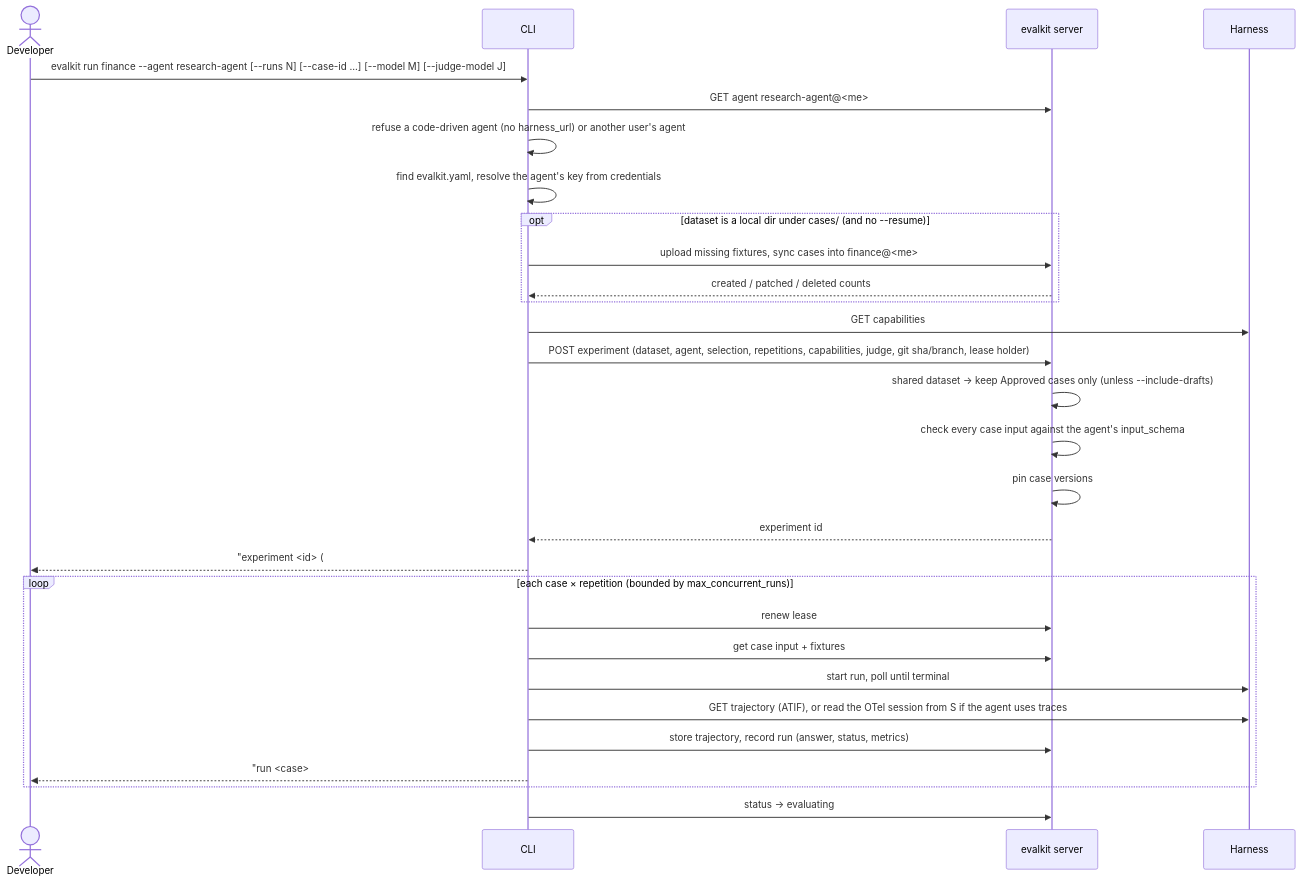
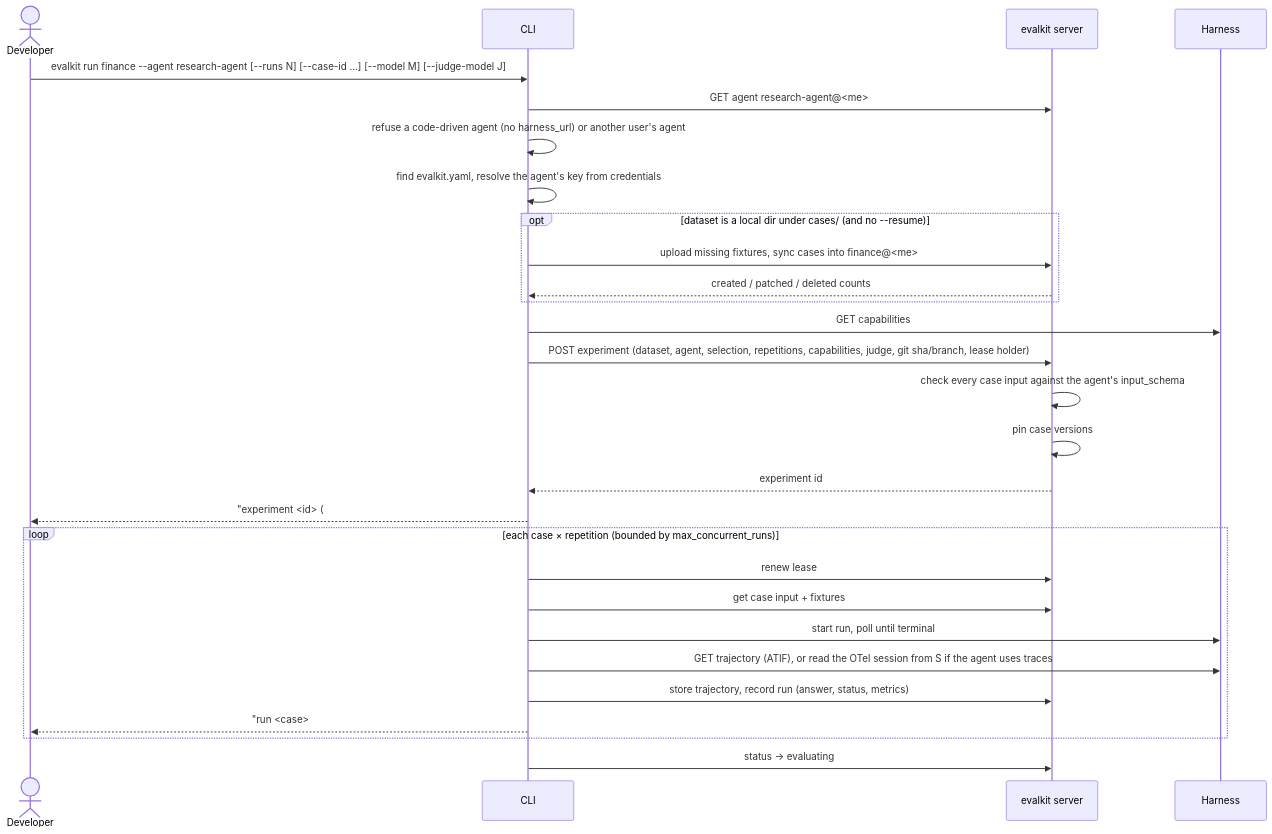
One commit to inferedge-ai/evalkit changed the first of 3 diagrams in docs/flows/07-local-harness-run.md. Above: the diagram before and after it, drawn with Mermaid. The commit also changed other lines of this file and 75 other files, not shown here.

````diff
--- a/docs/flows/07-local-harness-run.md
+++ b/docs/flows/07-local-harness-run.md
@@ -18,32 +18,31 @@
 ```mermaid
 sequenceDiagram
   actor Dev as Developer
   participant CLI
   participant S as evalkit server
   participant H as Harness
 
   Dev->>CLI: evalkit run finance --agent research-agent [--runs N] [--case-id ...] [--model M] [--judge-model J]
   CLI->>S: GET agent research-agent@#lt;me#gt;
   CLI->>CLI: refuse a code-driven agent (no harness_url) or another user's agent
   CLI->>CLI: find evalkit.yaml, resolve the agent's key from credentials
   opt dataset is a local dir under cases/ (and no --resume)
     CLI->>S: upload missing fixtures, sync cases into finance@#lt;me#gt;
     S-->>CLI: created / patched / deleted counts
   end
   CLI->>H: GET capabilities
   CLI->>S: POST experiment (dataset, agent, selection, repetitions, capabilities, judge, git sha/branch, lease holder)
-  S->>S: shared dataset → keep Approved cases only (unless --include-drafts)
   S->>S: check every case input against the agent's input_schema
   S->>S: pin case versions
   S-->>CLI: experiment id
   CLI-->>Dev: "experiment #lt;id#gt; (##lt;n#gt; of #lt;dataset#gt;)"
   loop each case × repetition (bounded by max_concurrent_runs)
     CLI->>S: renew lease
     CLI->>S: get case input + fixtures
     CLI->>H: start run, poll until terminal
     CLI->>H: GET trajectory (ATIF), or read the OTel session from S if the agent uses traces
     CLI->>S: store trajectory, record run (answer, status, metrics)
     CLI-->>Dev: "run #lt;case#gt; ##lt;rep#gt; #lt;status#gt;"
   end
   CLI->>S: status → evaluating
 ```
````
